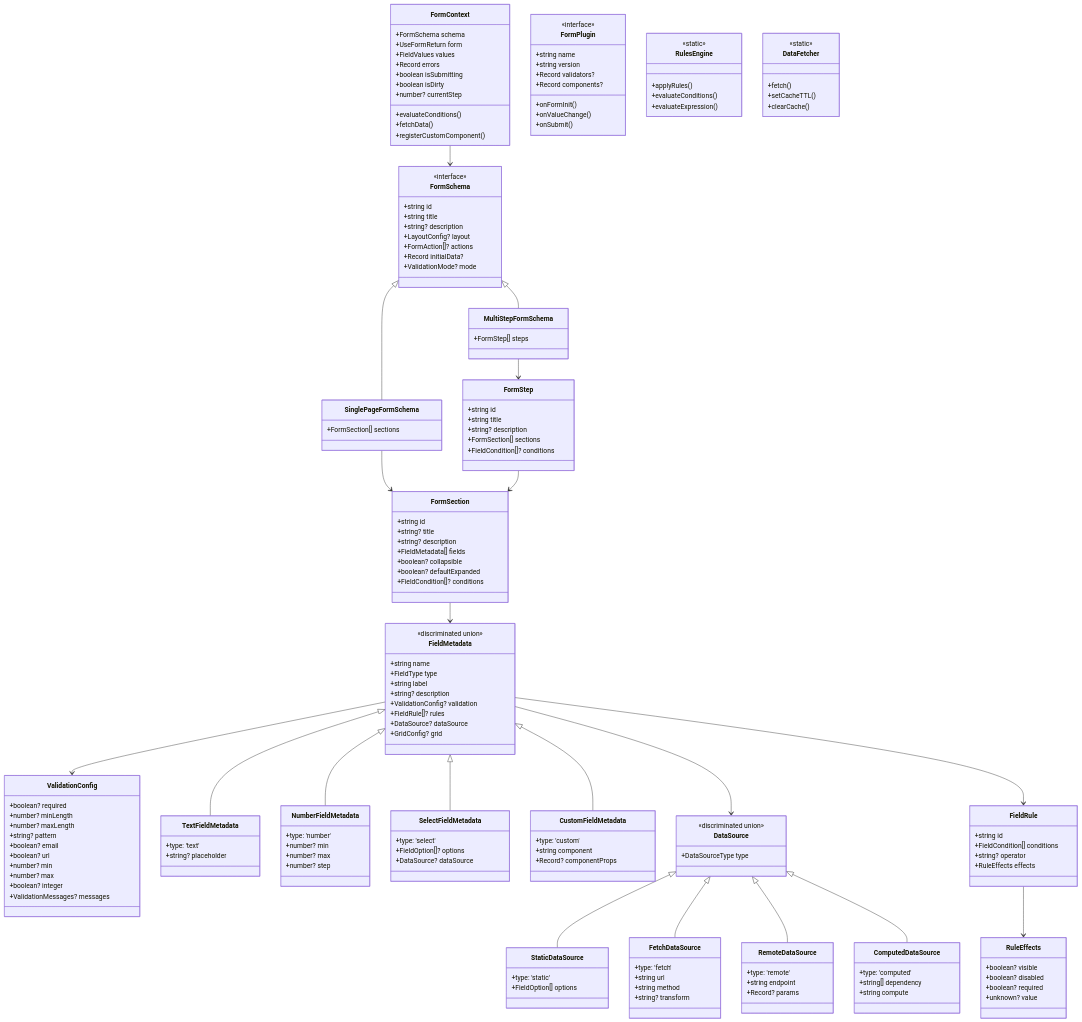
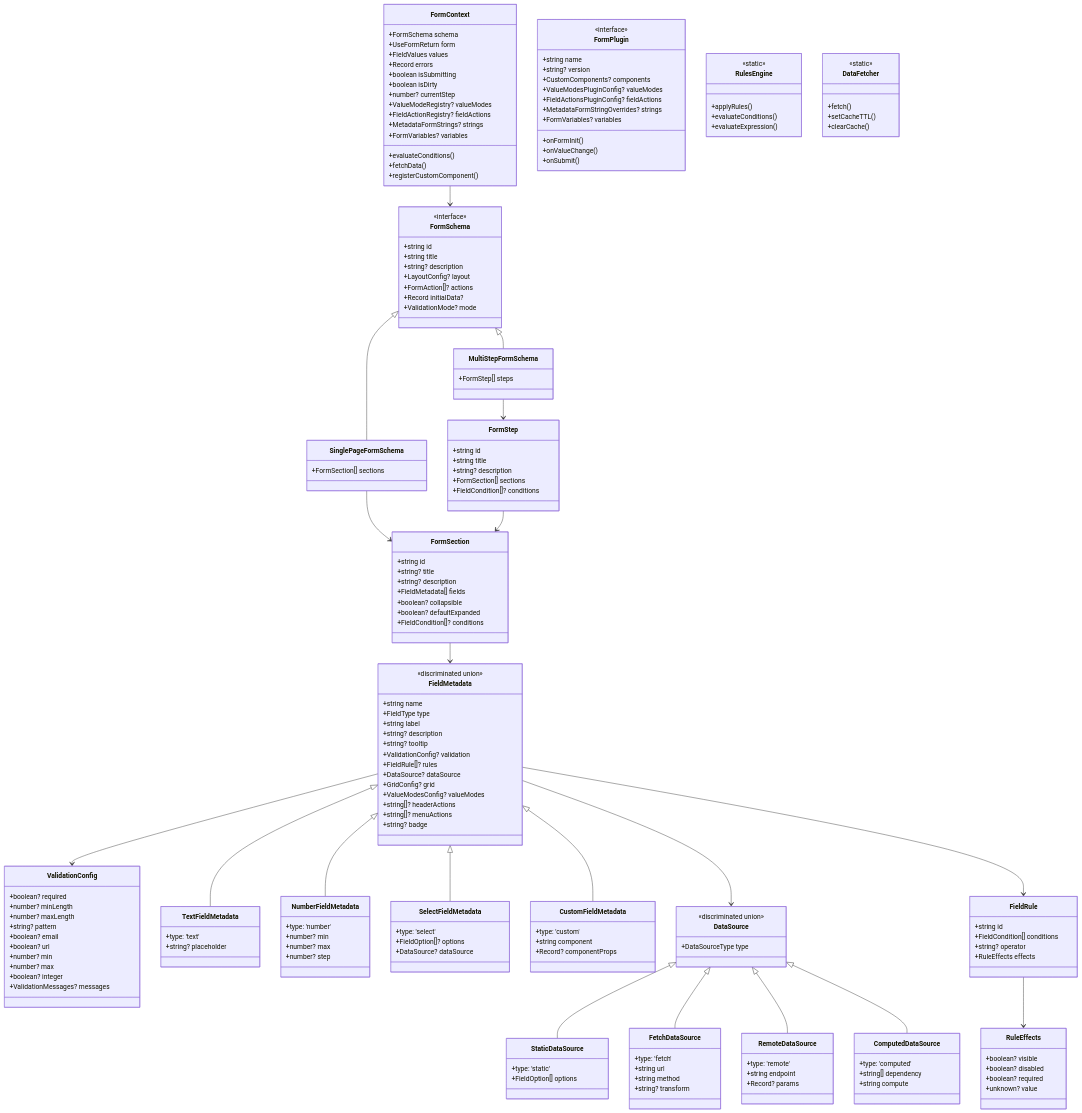
Before and after one commit to UiPath/apollo-ui: the first of 6 diagrams in packages/apollo-wind/src/components/forms/README.md, drawn with Mermaid. The commit also changed other lines of this file and 3 other files, not shown here.

```diff
--- a/packages/apollo-wind/src/components/forms/README.md
+++ b/packages/apollo-wind/src/components/forms/README.md
@@ -123,10 +150,15 @@
         +FieldType type
         +string label
         +string? description
+        +string? tooltip
         +ValidationConfig? validation
         +FieldRule[]? rules
         +DataSource? dataSource
         +GridConfig? grid
+        +ValueModesConfig? valueModes
+        +string[]? headerActions
+        +string[]? menuActions
+        +string? badge
     }
 
     class ValidationConfig {
@@ -217,6 +249,10 @@
         +boolean isSubmitting
         +boolean isDirty
         +number? currentStep
+        +ValueModeRegistry? valueModes
+        +FieldActionRegistry? fieldActions
+        +MetadataFormStrings? strings
+        +FormVariables? variables
         +evaluateConditions()
         +fetchData()
         +registerCustomComponent()
@@ -225,12 +261,15 @@
     class FormPlugin {
         <<interface>>
         +string name
-        +string version
+        +string? version
         +onFormInit()
         +onValueChange()
         +onSubmit()
-        +Record validators?
-        +Record components?
+        +CustomComponents? components
+        +ValueModesPluginConfig? valueModes
+        +FieldActionsPluginConfig? fieldActions
+        +MetadataFormStringOverrides? strings
+        +FormVariables? variables
     }
 
     class RulesEngine {
```
